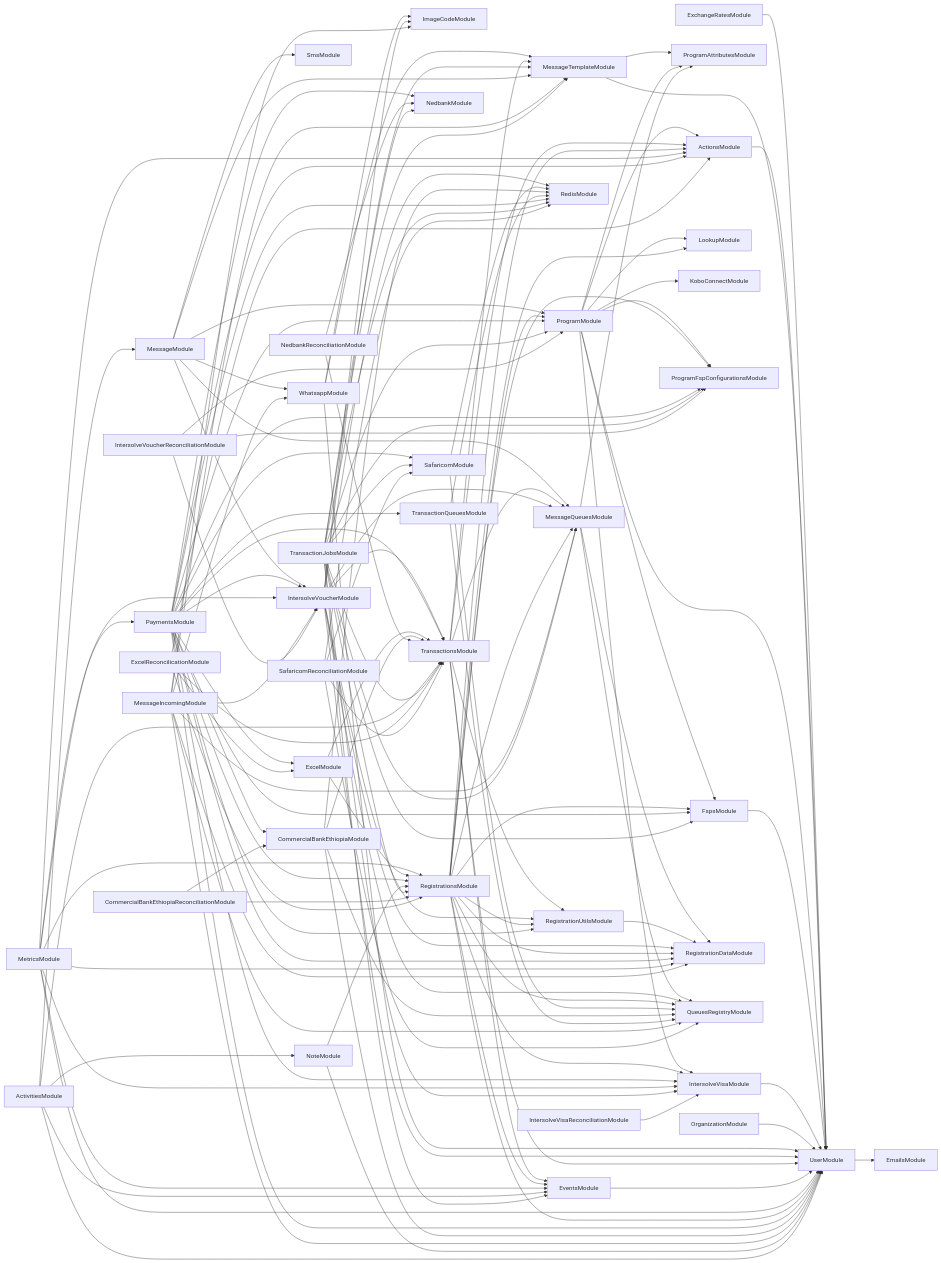
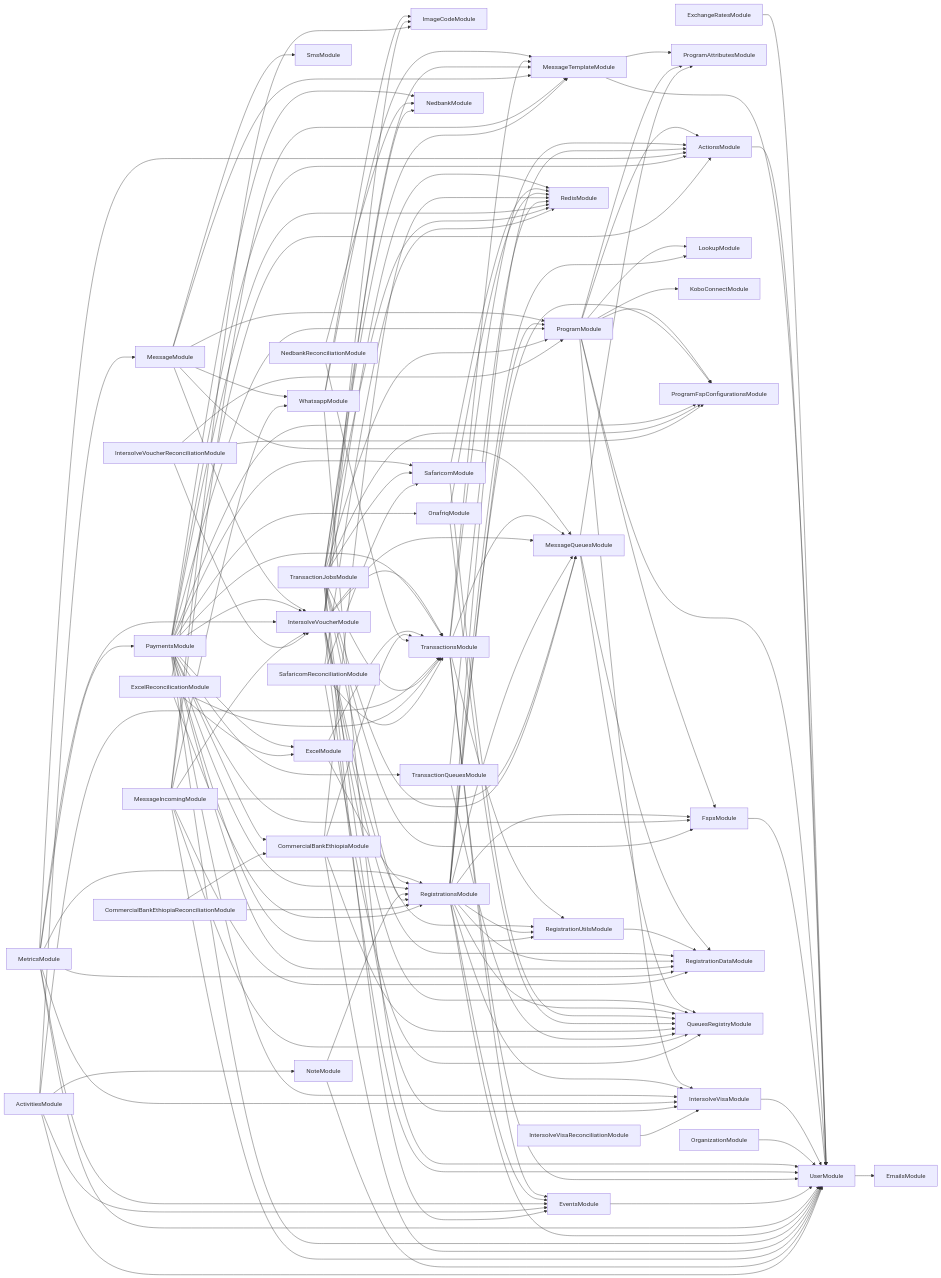
Before and after one commit to global-121/121-platform: the diagram in services/121-service/module-dependencies.md, drawn with Mermaid. The commit also changed 31 other files, not shown here.

```diff
--- a/services/121-service/module-dependencies.md
+++ b/services/121-service/module-dependencies.md
@@ -72,6 +72,9 @@
   SafaricomModule-->RedisModule
   SafaricomModule-->QueuesRegistryModule
   PaymentsModule-->NedbankModule
+  PaymentsModule-->OnafriqModule
+  OnafriqModule-->RedisModule
+  OnafriqModule-->QueuesRegistryModule
   PaymentsModule-->ExcelModule
   ExcelModule-->TransactionsModule
   ExcelModule-->RegistrationsModule
```
